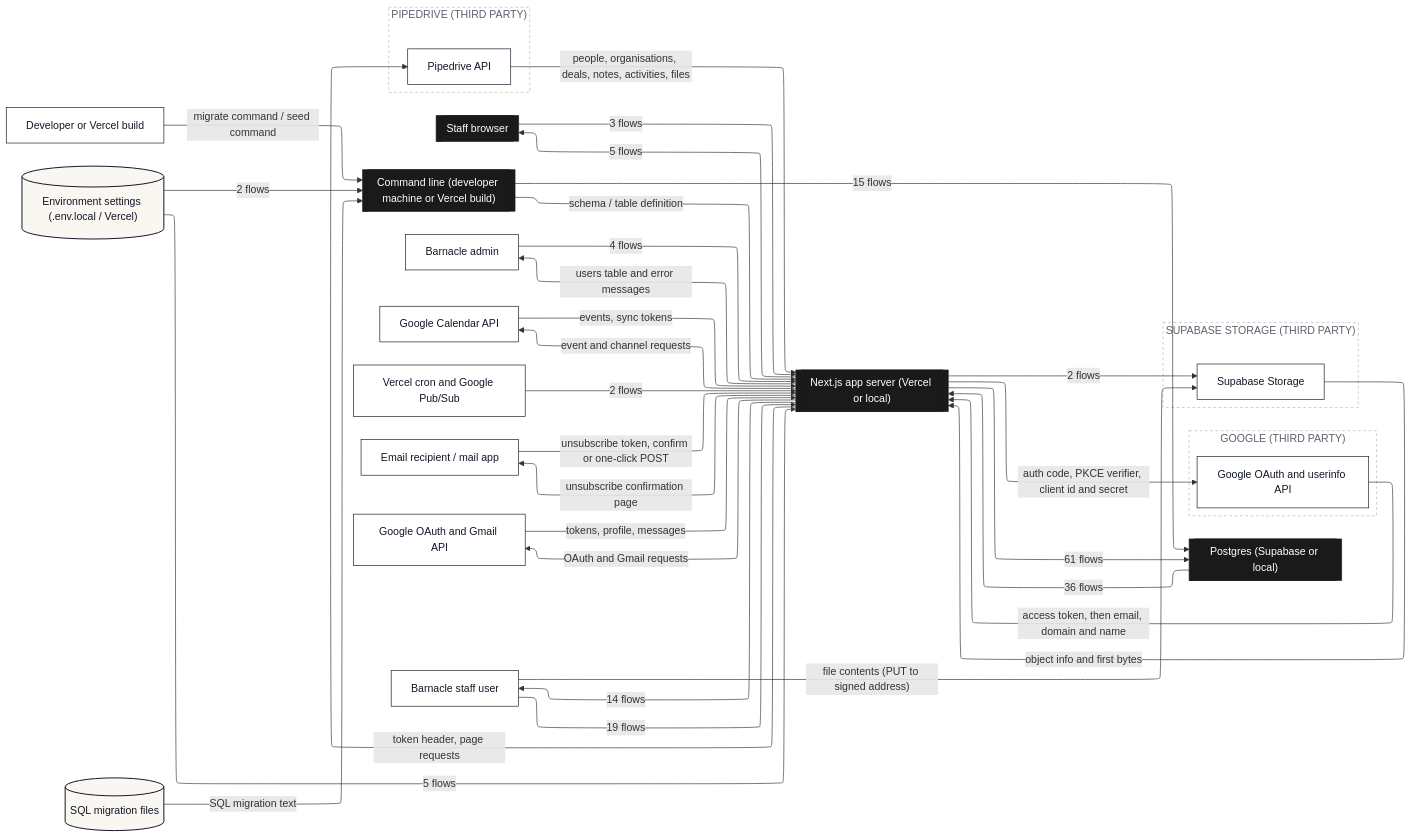
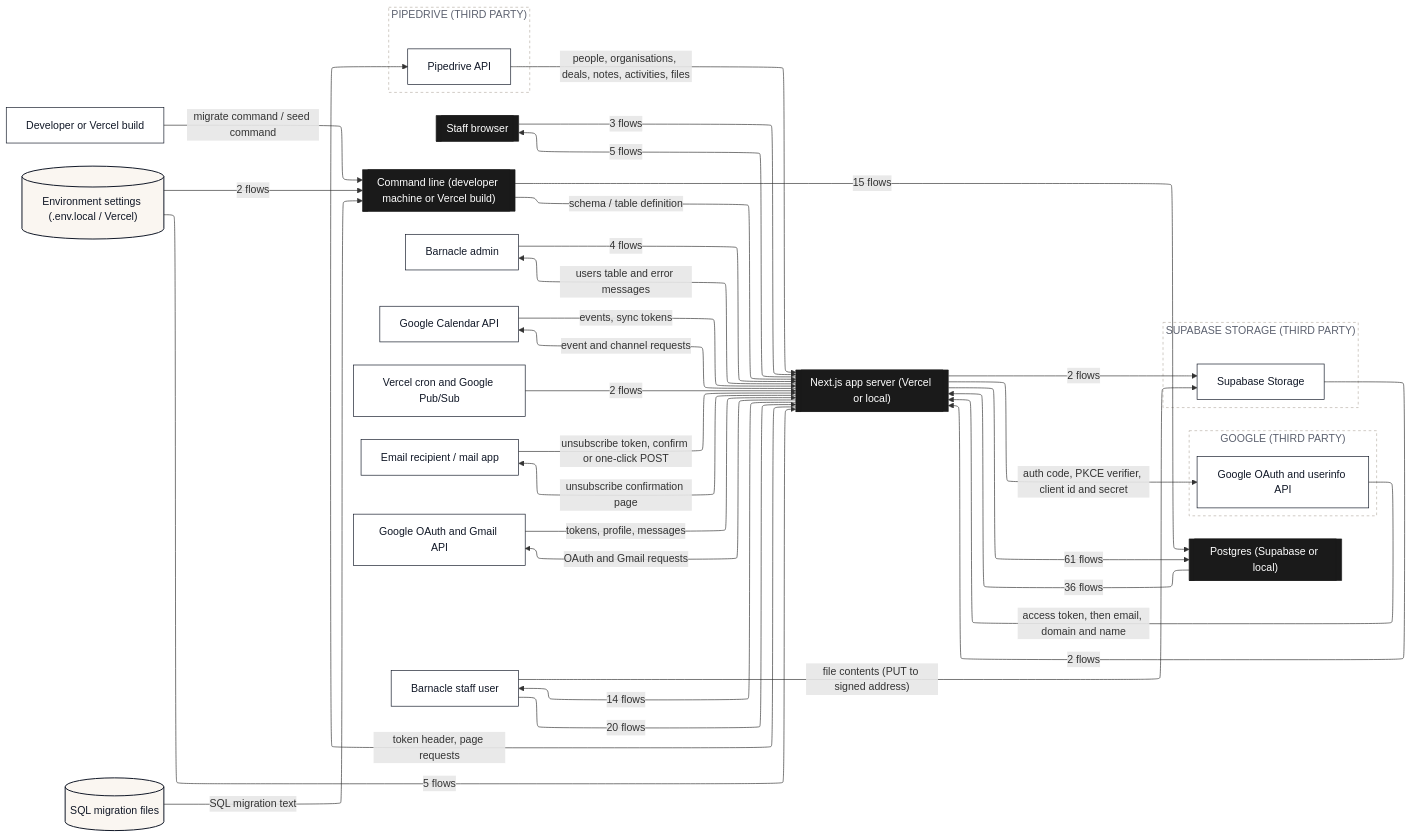
Before and after one commit to Romain-Perche/Barnacle-Pipe: the second of 16 diagrams in dataflow/DATAFLOW.md, drawn with Mermaid. The commit also changed other lines of this file and 7 other files, not shown here.

````diff
--- a/dataflow/DATAFLOW.md
+++ b/dataflow/DATAFLOW.md
@@ -160,69 +161,69 @@
 ```mermaid
 ---
 config:
   layout: elk
 ---
 flowchart LR
     n1[["Next.js app server (Vercel or local)"]]
     n2[["Staff browser"]]
     n3[["Command line (developer machine or Vercel build)"]]
     n4[["Postgres (Supabase or local)"]]
     n5["Barnacle admin"]
     n6["Google Calendar API"]
     n7["Vercel cron and Google Pub/Sub"]
     n8["Developer or Vercel build"]
     n9["Email recipient / mail app"]
     n10[("Environment settings (.env.local / Vercel)")]
     n11["Google OAuth and Gmail API"]
     n12[("SQL migration files")]
     n13["Barnacle staff user"]
     subgraph z1["GOOGLE (THIRD PARTY)"]
         n14["Google OAuth and userinfo API"]
     end
     subgraph z2["PIPEDRIVE (THIRD PARTY)"]
         n15["Pipedrive API"]
     end
     subgraph z3["SUPABASE STORAGE (THIRD PARTY)"]
         n16["Supabase Storage"]
     end
     n1 -->|"61 flows"| n4
     n1 -->|"14 flows"| n13
     n4 -->|"36 flows"| n1
     n5 -->|"4 flows"| n1
     n2 -->|"3 flows"| n1
     n6 -->|"events, sync tokens"| n1
     n1 -->|"event and channel requests"| n6
     n7 -->|"2 flows"| n1
     n8 -->|"migrate command / seed command"| n3
     n9 -->|"unsubscribe token, confirm or one-click POST"| n1
     n10 -->|"5 flows"| n1
     n10 -->|"2 flows"| n3
     n1 -->|"5 flows"| n2
     n1 -->|"2 flows"| n16
     n11 -->|"tokens, profile, messages"| n1
     n1 -->|"OAuth and Gmail requests"| n11
     n1 -->|"auth code, PKCE verifier, client id and secret"| n14
     n14 -->|"access token, then email, domain and name"| n1
     n3 -->|"15 flows"| n4
     n3 -->|"schema / table definition"| n1
     n12 -->|"SQL migration text"| n3
     n15 -->|"people, organisations, deals, notes, activities, files"| n1
     n1 -->|"token header, page requests"| n15
-    n13 -->|"19 flows"| n1
+    n13 -->|"20 flows"| n1
     n13 -->|"file contents (PUT to signed address)"| n16
-    n16 -->|"object info and first bytes"| n1
+    n16 -->|"2 flows"| n1
     n1 -->|"unsubscribe confirmation page"| n9
     n1 -->|"users table and error messages"| n5
     classDef actor fill:#FFFFFF,stroke:#111827,stroke-width:1px,color:#111827
     classDef process fill:#EDEAFF,stroke:#2B00FF,stroke-width:1.5px,color:#111827
     classDef store fill:#FAF6F1,stroke:#111827,stroke-width:1.5px,color:#111827
     classDef zone fill:#1A1A1A,stroke:#1A1A1A,color:#FFFFFF
     classDef group fill:#2B00FF,stroke:#2B00FF,color:#FFFFFF
     classDef stub fill:#FFFFFF,stroke:#2B00FF,stroke-width:1.5px,stroke-dasharray:5 4,color:#2B00FF
     class n5,n6,n7,n8,n9,n11,n13,n14,n15,n16 actor
     class n10,n12 store
     class n1,n2,n3,n4 zone
     style z1 fill:#FFFFFF,stroke:#B9B2A8,stroke-dasharray:4 4,color:#5D6270
     style z2 fill:#FFFFFF,stroke:#B9B2A8,stroke-dasharray:4 4,color:#5D6270
     style z3 fill:#FFFFFF,stroke:#B9B2A8,stroke-dasharray:4 4,color:#5D6270
 ```
````
